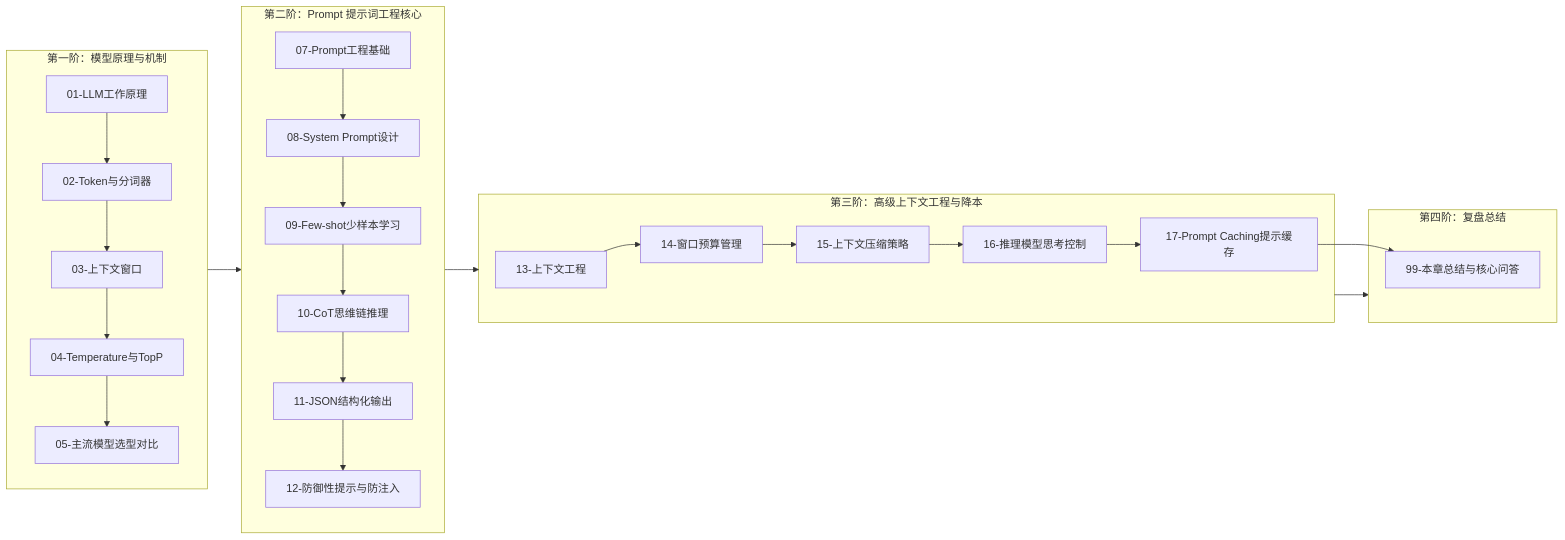
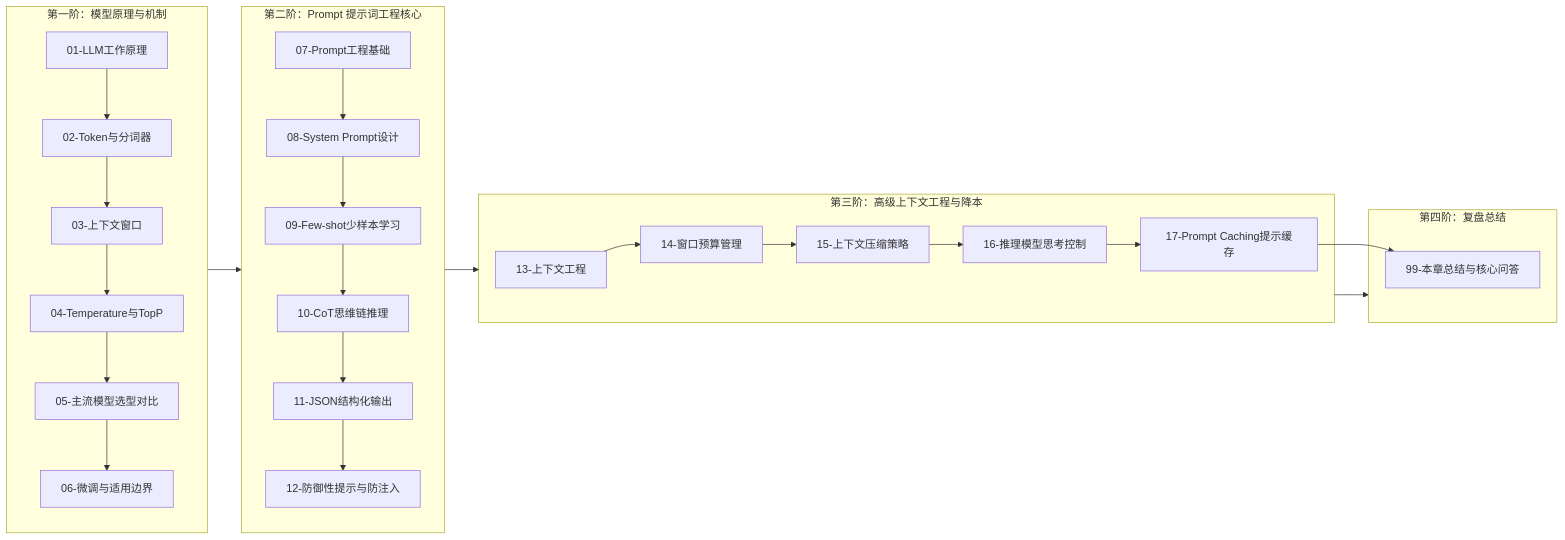
One commit to GuoWWWX/knowledge-base changed the second of 2 diagrams in 10-AI应用开发/01-LLM基础与Prompt/00-LLM与Prompt工程全景与心智模型.md. Above: the diagram before and after it, drawn with Mermaid. The commit also changed other lines of this file and 368 other files, not shown here.

````diff
--- a/10-AI应用开发/01-LLM基础与Prompt/00-LLM与Prompt工程全景与心智模型.md
+++ b/10-AI应用开发/01-LLM基础与Prompt/00-LLM与Prompt工程全景与心智模型.md
@@ -60,30 +62,31 @@
 ```mermaid
 flowchart LR
     subgraph 阶梯1["第一阶：模型原理与机制"]
         M1["01-LLM工作原理"] --> M2["02-Token与分词器"]
         M2 --> M3["03-上下文窗口"]
         M3 --> M4["04-Temperature与TopP"]
         M4 --> M5["05-主流模型选型对比"]
+        M5 --> M6["06-微调与适用边界"]
     end
 
     subgraph 阶梯2["第二阶：Prompt 提示词工程核心"]
         M7["07-Prompt工程基础"] --> M8["08-System Prompt设计"]
         M8 --> M9["09-Few-shot少样本学习"]
         M9 --> M10["10-CoT思维链推理"]
         M10 --> M11["11-JSON结构化输出"]
         M11 --> M12["12-防御性提示与防注入"]
     end
 
     subgraph 阶梯3["第三阶：高级上下文工程与降本"]
         M13["13-上下文工程"] --> M14["14-窗口预算管理"]
         M14 --> M15["15-上下文压缩策略"]
         M15 --> M16["16-推理模型思考控制"]
         M16 --> M17["17-Prompt Caching提示缓存"]
     end
 
     subgraph 阶梯4["第四阶：复盘总结"]
         M17 --> M99["99-本章总结与核心问答"]
     end
 
     阶梯1 --> 阶梯2 --> 阶梯3 --> 阶梯4
 ```
````
